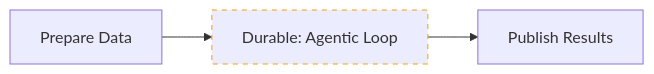
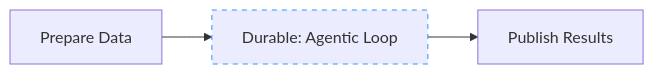
Before and after one commit to hatchet-dev/hatchet: the first of 3 diagrams in frontend/docs/pages/v1/durable-workflows/mixing-patterns.mdx, drawn with Mermaid. The commit also changed other lines of this file and 18 other files, not shown here.

````diff
--- a/frontend/docs/pages/v1/durable-workflows/mixing-patterns.mdx
+++ b/frontend/docs/pages/v1/durable-workflows/mixing-patterns.mdx
@@ -33,6 +33,6 @@
 ```mermaid
 graph LR
     A[Prepare Data] --> B[Durable: Agentic Loop]
     B --> C[Publish Results]
-    style B stroke:#f59e0b,stroke-dasharray: 5 5
+    style B stroke:#3392FF,stroke-dasharray: 5 5
 ```
````
